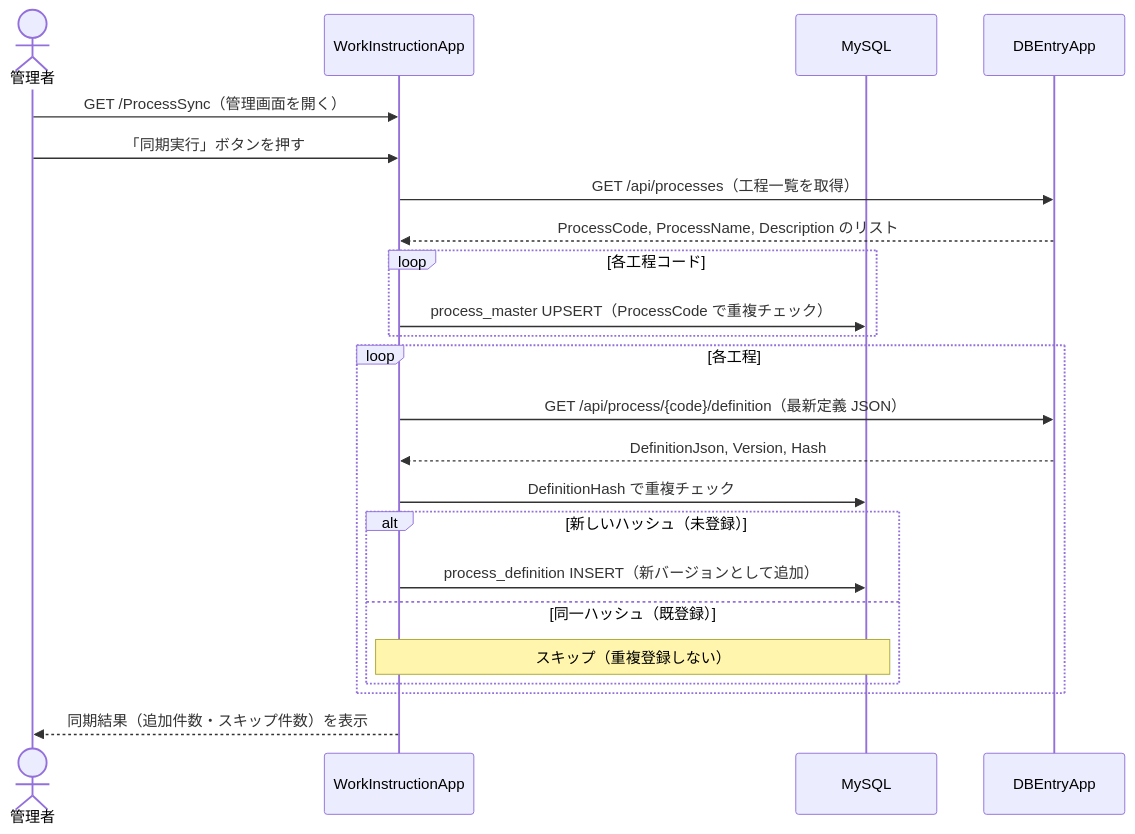
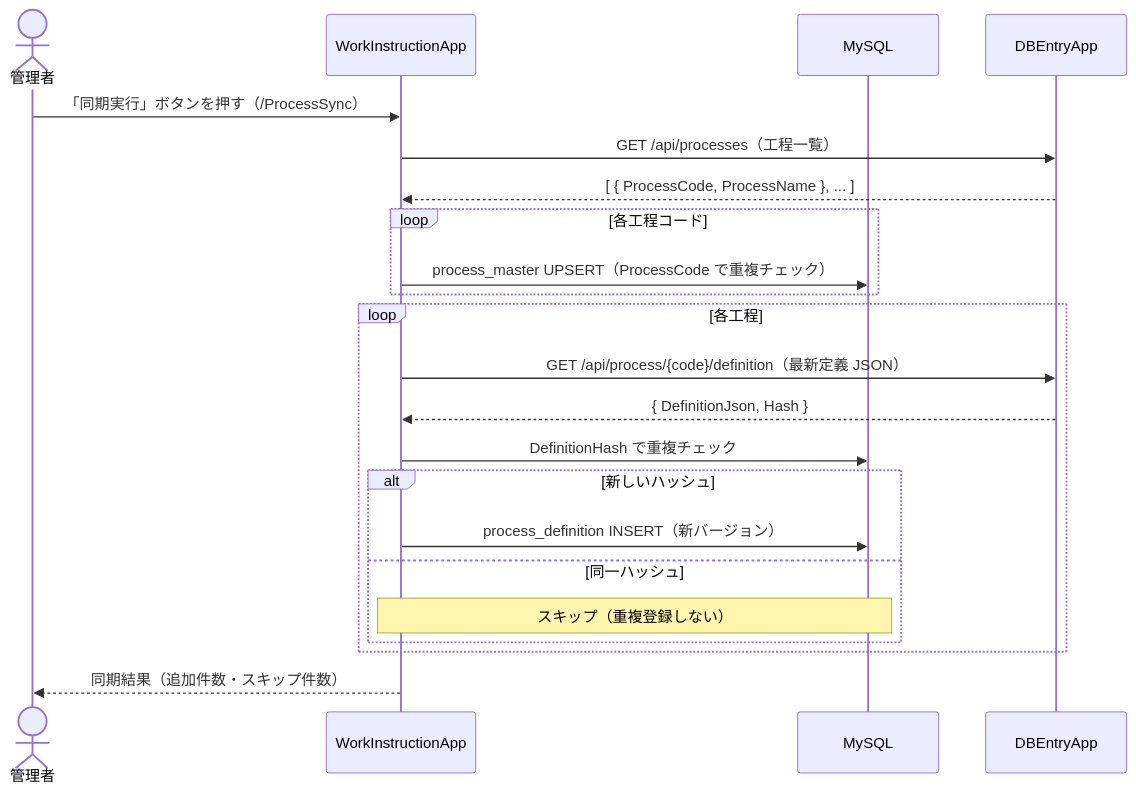
One commit to namagi14-lab/spica-warranty-design changed the seventh of 9 diagrams in docs/07_system_design.md. Above: the diagram before and after it, drawn with Mermaid. The commit also changed other lines of this file, not shown here.

````diff
--- a/docs/07_system_design.md
+++ b/docs/07_system_design.md
@@ -299,31 +290,30 @@
 ```mermaid
 sequenceDiagram
     actor Admin as 管理者
     participant App as WorkInstructionApp
     participant DB as MySQL
     participant DBEntry as DBEntryApp
 
-    Admin->>App: GET /ProcessSync（管理画面を開く）
-    Admin->>App: 「同期実行」ボタンを押す
+    Admin->>App: 「同期実行」ボタンを押す（/ProcessSync）
 
-    App->>DBEntry: GET /api/processes（工程一覧を取得）
-    DBEntry-->>App: ProcessCode, ProcessName, Description のリスト
+    App->>DBEntry: GET /api/processes（工程一覧）
+    DBEntry-->>App: [ { ProcessCode, ProcessName }, ... ]
 
     loop 各工程コード
         App->>DB: process_master UPSERT（ProcessCode で重複チェック）
     end
 
     loop 各工程
         App->>DBEntry: GET /api/process/{code}/definition（最新定義 JSON）
-        DBEntry-->>App: DefinitionJson, Version, Hash
+        DBEntry-->>App: { DefinitionJson, Hash }
 
         App->>DB: DefinitionHash で重複チェック
-        alt 新しいハッシュ（未登録）
-            App->>DB: process_definition INSERT（新バージョンとして追加）
-        else 同一ハッシュ（既登録）
+        alt 新しいハッシュ
+            App->>DB: process_definition INSERT（新バージョン）
+        else 同一ハッシュ
             Note over App,DB: スキップ（重複登録しない）
         end
     end
 
-    App-->>Admin: 同期結果（追加件数・スキップ件数）を表示
+    App-->>Admin: 同期結果（追加件数・スキップ件数）
 ```
````
